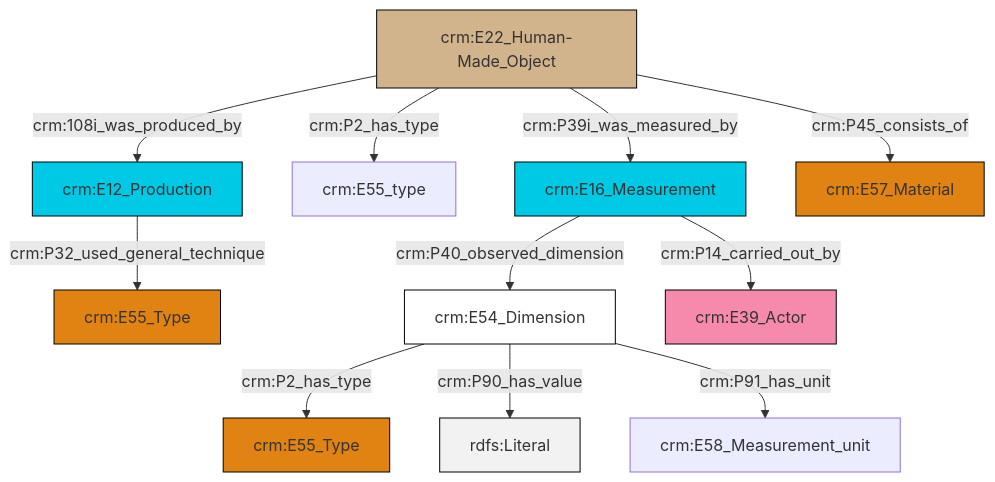
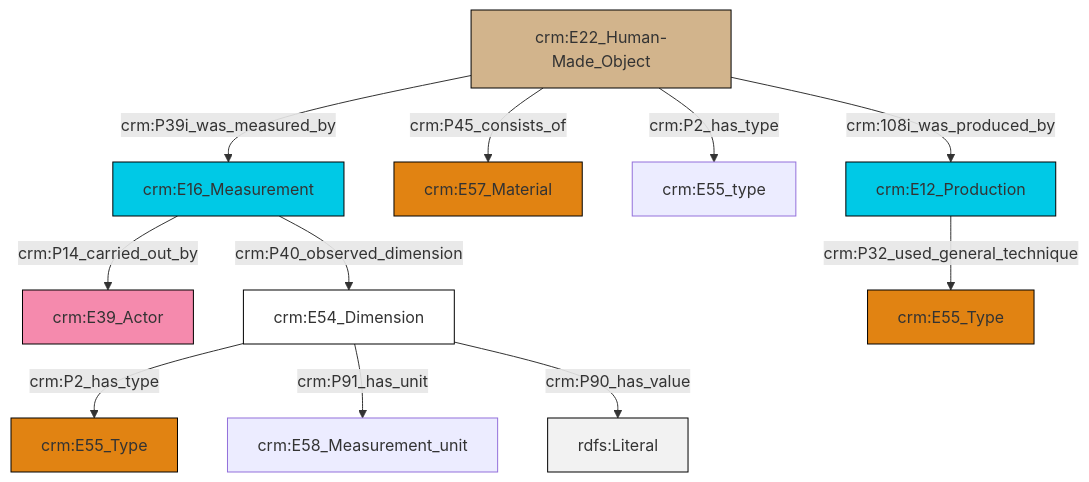
One commit to swiss-art-research-net/docs.swissartresearch changed the diagram in et/builtWorkCSV/ttl/mmd/Built_Work_substance.ttl.mmd. Above: the diagram before and after it, drawn with Mermaid. The commit also changed 175 other files, not shown here.

```diff
--- a/et/builtWorkCSV/ttl/mmd/Built_Work_substance.ttl.mmd
+++ b/et/builtWorkCSV/ttl/mmd/Built_Work_substance.ttl.mmd
@@ -1,25 +1,25 @@
 graph TD
 classDef Literal fill:#f2f2f2,stroke:#000000;
 classDef CRM_Entity fill:#FFFFFF,stroke:#000000;
 classDef Temporal_Entity fill:#00C9E6, stroke:#000000;
 classDef Type fill:#E18312, stroke:#000000;
 classDef Time-Span fill:#2C9C91, stroke:#000000;
 classDef Appellation fill:#FFEB7F, stroke:#000000;
 classDef Place fill:#008836, stroke:#000000;
 classDef Persistent_Item fill:#B266B2, stroke:#000000;
 classDef Conceptual_Object fill:#FFD700, stroke:#000000;
 classDef Physical_Thing fill:#D2B48C, stroke:#000000;
 classDef Actor fill:#f58aad, stroke:#000000;
 classDef PC_Classes fill:#4ce600, stroke:#000000;
 classDef Multi fill:#cccccc,stroke:#000000;
 
-0["crm:E12_Production"]:::Temporal_Entity -->|crm:P32_used_general_technique| 1["crm:E55_Type"]:::Type
-2["crm:E54_Dimension"]:::CRM_Entity -->|crm:P2_has_type| 3["crm:E55_Type"]:::Type
-4["crm:E22_Human-Made_Object"]:::Physical_Thing -->|crm:P2_has_type| 5["crm:E55_type"]:::Default
-4["crm:E22_Human-Made_Object"]:::Physical_Thing -->|crm:P39i_was_measured_by| 6["crm:E16_Measurement"]:::Temporal_Entity
-6["crm:E16_Measurement"]:::Temporal_Entity -->|crm:P14_carried_out_by| 11["crm:E39_Actor"]:::Actor
-6["crm:E16_Measurement"]:::Temporal_Entity -->|crm:P40_observed_dimension| 2["crm:E54_Dimension"]:::CRM_Entity
-2["crm:E54_Dimension"]:::CRM_Entity -->|crm:P90_has_value| 14[rdfs:Literal]:::Literal
-2["crm:E54_Dimension"]:::CRM_Entity -->|crm:P91_has_unit| 12["crm:E58_Measurement_unit"]:::Default
-4["crm:E22_Human-Made_Object"]:::Physical_Thing -->|crm:P45_consists_of| 15["crm:E57_Material"]:::Type
-4["crm:E22_Human-Made_Object"]:::Physical_Thing -->|crm:108i_was_produced_by| 0["crm:E12_Production"]:::Temporal_Entity
+0["crm:E22_Human-Made_Object"]:::Physical_Thing -->|crm:P39i_was_measured_by| 1["crm:E16_Measurement"]:::Temporal_Entity
+1["crm:E16_Measurement"]:::Temporal_Entity -->|crm:P14_carried_out_by| 2["crm:E39_Actor"]:::Actor
+0["crm:E22_Human-Made_Object"]:::Physical_Thing -->|crm:P2_has_type| 6["crm:E55_type"]:::Default
+1["crm:E16_Measurement"]:::Temporal_Entity -->|crm:P40_observed_dimension| 10["crm:E54_Dimension"]:::CRM_Entity
+10["crm:E54_Dimension"]:::CRM_Entity -->|crm:P2_has_type| 11["crm:E55_Type"]:::Type
+0["crm:E22_Human-Made_Object"]:::Physical_Thing -->|crm:P45_consists_of| 3["crm:E57_Material"]:::Type
+8["crm:E12_Production"]:::Temporal_Entity -->|crm:P32_used_general_technique| 12["crm:E55_Type"]:::Type
+10["crm:E54_Dimension"]:::CRM_Entity -->|crm:P91_has_unit| 15["crm:E58_Measurement_unit"]:::Default
+10["crm:E54_Dimension"]:::CRM_Entity -->|crm:P90_has_value| 20[rdfs:Literal]:::Literal
+0["crm:E22_Human-Made_Object"]:::Physical_Thing -->|crm:108i_was_produced_by| 8["crm:E12_Production"]:::Temporal_Entity
```
